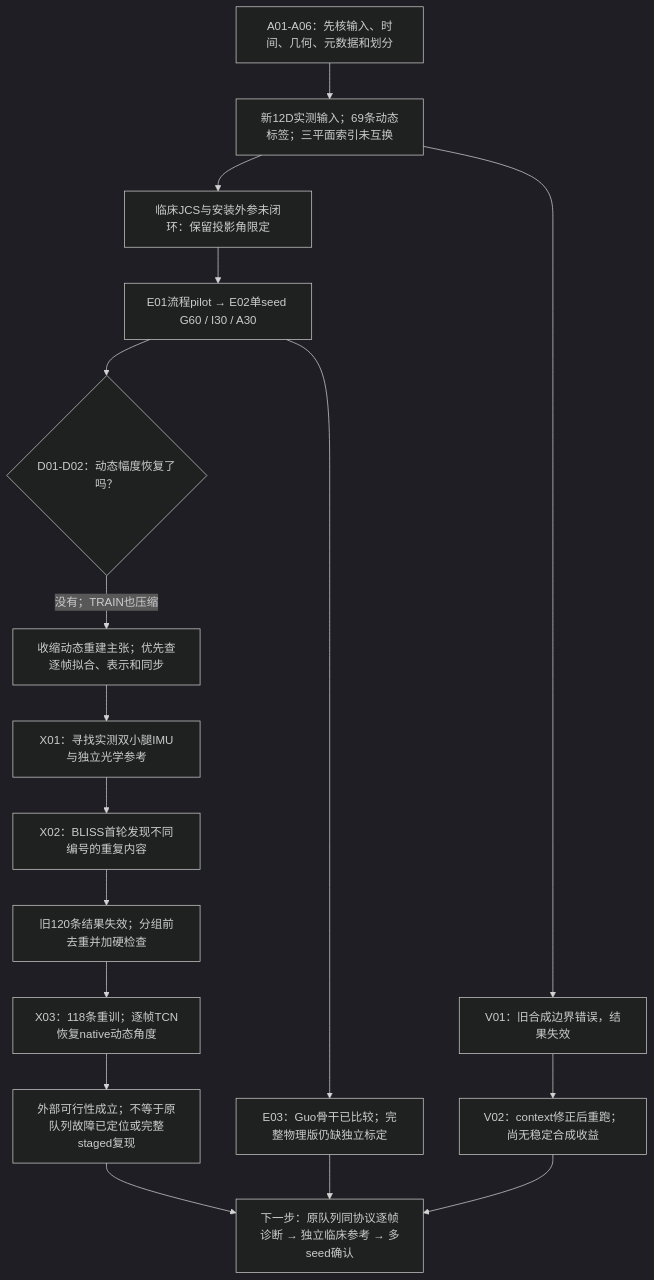
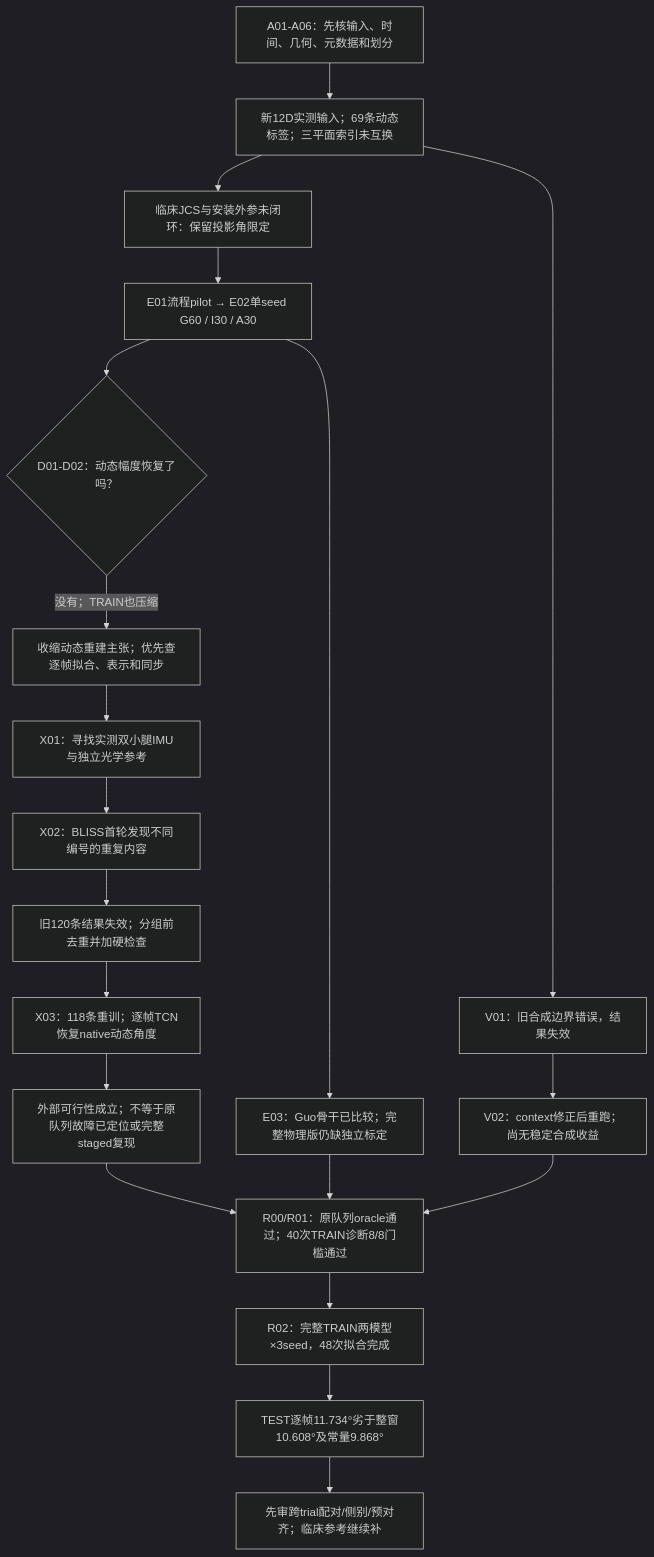
Before and after one commit to InchengWang/NMS-GAP: the diagram in Digital Twin/halfyeat/SII2027_EXPERIMENT_DECISIONS_20261020_ZH.md, drawn with Mermaid (dark theme). The commit also changed other lines of this file and 7 other files, not shown here.

````diff
--- a/Digital Twin/halfyeat/SII2027_EXPERIMENT_DECISIONS_20261020_ZH.md
+++ b/Digital Twin/halfyeat/SII2027_EXPERIMENT_DECISIONS_20261020_ZH.md
@@ -25,19 +27,22 @@
 ```mermaid
 flowchart TD
     A["A01-A06：先核输入、时间、几何、元数据和划分"] --> B["新12D实测输入；69条动态标签；三平面索引未互换"]
     B --> C["临床JCS与安装外参未闭环：保留投影角限定"]
     C --> D["E01流程pilot → E02单seed G60 / I30 / A30"]
     D --> E{"D01-D02：动态幅度恢复了吗？"}
     E -->|"没有；TRAIN也压缩"| F["收缩动态重建主张；优先查逐帧拟合、表示和同步"]
     D --> G["E03：Guo骨干已比较；完整物理版仍缺独立标定"]
     B --> H["V01：旧合成边界错误，结果失效"]
     H --> I["V02：context修正后重跑；尚无稳定合成收益"]
     F --> J["X01：寻找实测双小腿IMU与独立光学参考"]
     J --> K["X02：BLISS首轮发现不同编号的重复内容"]
     K --> L["旧120条结果失效；分组前去重并加硬检查"]
     L --> M["X03：118条重训；逐帧TCN恢复native动态角度"]
     M --> N["外部可行性成立；不等于原队列故障已定位或完整staged复现"]
-    N --> O["下一步：原队列同协议逐帧诊断 → 独立临床参考 → 多seed确认"]
+    N --> O["R00/R01：原队列oracle通过；40次TRAIN诊断8/8门槛通过"]
+    O --> P["R02：完整TRAIN两模型×3seed，48次拟合完成"]
+    P --> Q["TEST逐帧11.734°劣于整窗10.608°及常量9.868°"]
+    Q --> R["先审跨trial配对/侧别/预对齐；临床参考继续补"]
     I --> O
     G --> O
 ```
````
